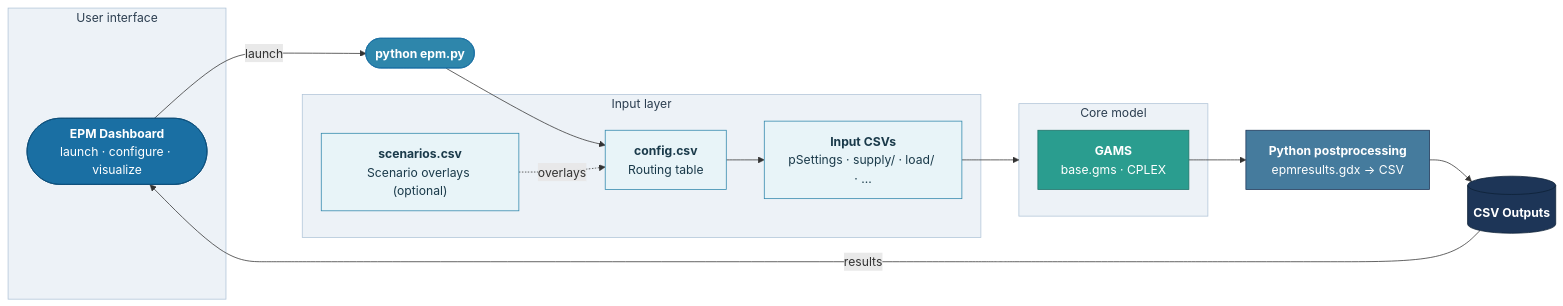
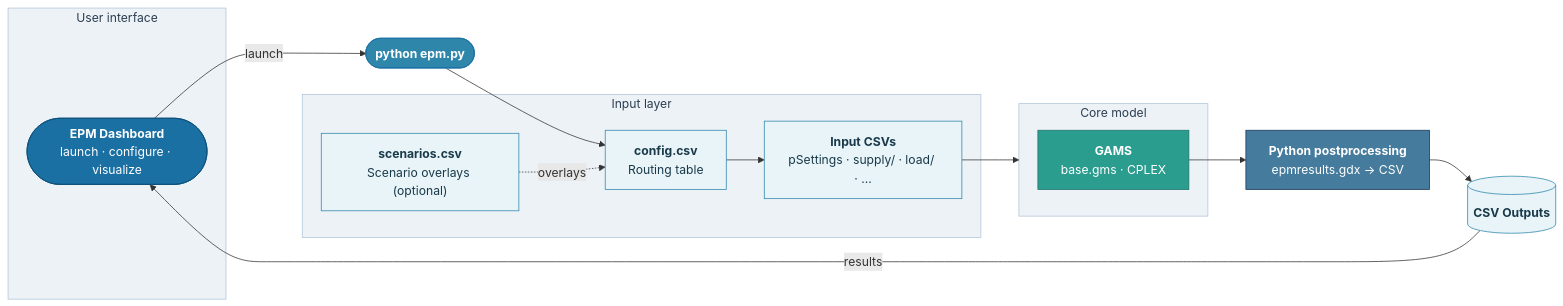
The diagram in docs/introduction/tempo.md (ESMAP-World-Bank-Group/EPM), drawn with Mermaid before and after one commit.

````diff
--- a/docs/introduction/tempo.md
+++ b/docs/introduction/tempo.md
@@ -3,48 +3,48 @@
 ```mermaid
 flowchart LR
     subgraph ui ["User interface"]
         DASH(["<b>EPM Dashboard</b>\nlaunch · configure · visualize"])
     end
 
     CLI(["<b>python epm.py</b>"])
 
     subgraph inputs ["Input layer"]
         CONFIG["<b>config.csv</b>\nRouting table"]
         SCEN["<b>scenarios.csv</b>\nScenario overlays (optional)"]
         CSV["<b>Input CSVs</b>\npSettings · supply/ · load/ · ..."]
     end
 
     subgraph core ["Core model"]
         GAMS["<b>GAMS</b>\nbase.gms · CPLEX"]
     end
 
     POST["<b>Python postprocessing</b>\nepmresults.gdx → CSV"]
     OUT[("<b>CSV Outputs</b>")]
 
     DASH -->|launch| CLI
     CLI --> CONFIG
     SCEN -.->|overlays| CONFIG
     CONFIG --> CSV
     CSV --> core
     GAMS --> POST
     POST --> OUT
     OUT -->|results| DASH
 
     classDef dashboard fill:#1a6fa3,stroke:#0d4f7a,color:#fff
     classDef cli fill:#2e86ab,stroke:#1a6fa3,color:#fff
     classDef inputNode fill:#e8f4f8,stroke:#2e86ab,color:#1a3a4a
     classDef coreNode fill:#2a9d8f,stroke:#1f7268,color:#fff
     classDef postNode fill:#457b9d,stroke:#1d3557,color:#fff
     classDef outNode fill:#1d3557,stroke:#0d2035,color:#fff
 
     class DASH dashboard
     class CLI cli
     class CONFIG,SCEN,CSV inputNode
     class GAMS coreNode
     class POST postNode
-    class OUT outNode
+    class OUT inputNode
 
     style ui fill:#edf2f7,stroke:#b0c4d8,color:#2c3e50
     style inputs fill:#edf2f7,stroke:#b0c4d8,color:#2c3e50
     style core fill:#edf2f7,stroke:#b0c4d8,color:#2c3e50
 ```
````
